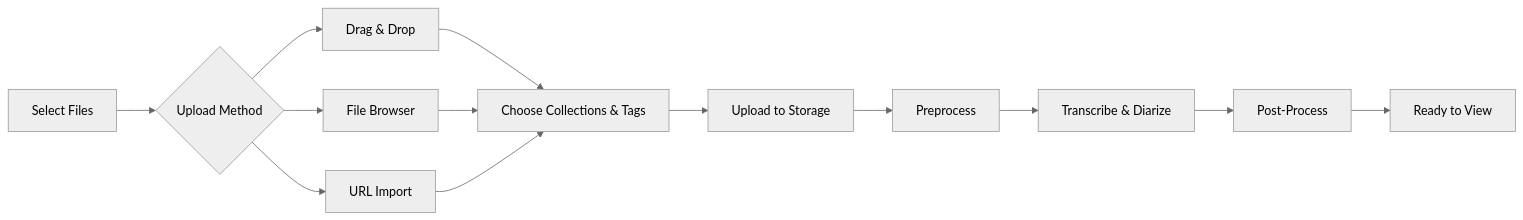
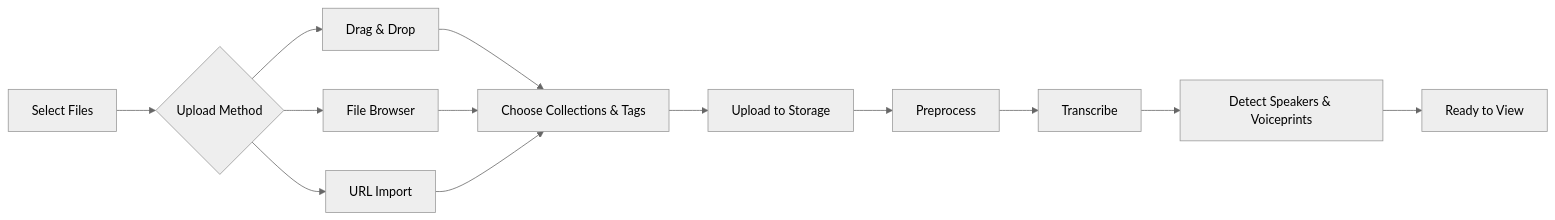
One commit to attevon-llc/OpenTranscribe changed the diagram in docs-site/docs/user-guide/uploading-files.md. Above: the diagram before and after it, drawn with Mermaid (neutral theme). The commit also changed other lines of this file and 18 other files, not shown here.

````diff
--- a/docs-site/docs/user-guide/uploading-files.md
+++ b/docs-site/docs/user-guide/uploading-files.md
@@ -30,13 +30,13 @@
 ```mermaid
 flowchart LR
     A[Select Files] --> B{Upload Method}
     B --> C[Drag & Drop]
     B --> D[File Browser]
     B --> E[URL Import]
     C & D & E --> F[Choose Collections & Tags]
     F --> G[Upload to Storage]
     G --> H[Preprocess]
-    H --> I[Transcribe & Diarize]
-    I --> J[Post-Process]
+    H --> I[Transcribe]
+    I --> J[Detect Speakers & Voiceprints]
     J --> K[Ready to View]
 ```
````
